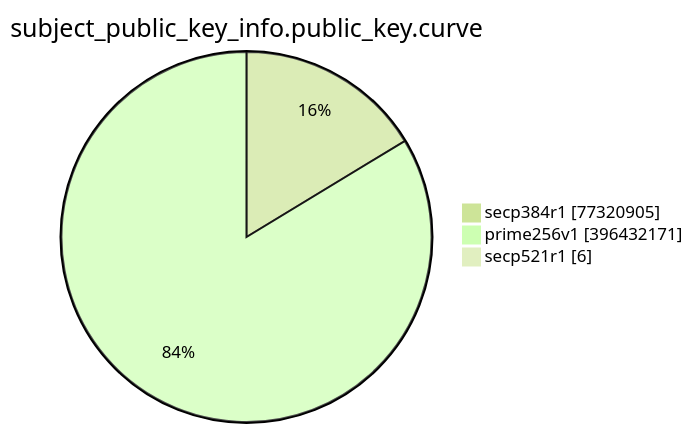
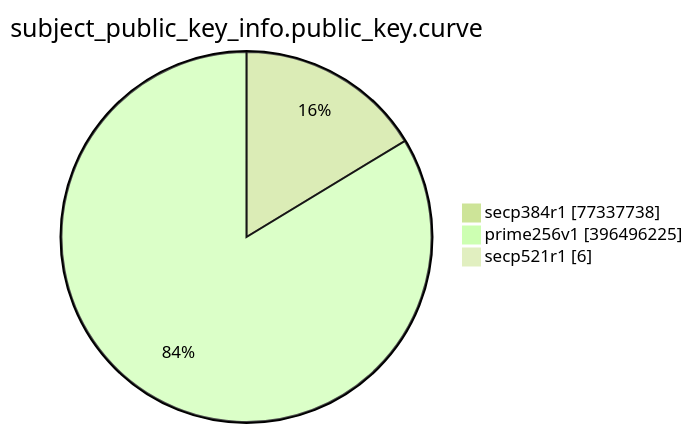
Before and after one commit to christiankrug/ctmonitor_visualization: the eighth of 15 diagrams in TOTAL/README.md, drawn with Mermaid (forest theme). The commit also changed other lines of this file, not shown here.

````diff
--- a/TOTAL/README.md
+++ b/TOTAL/README.md
@@ -3095,7 +3095,7 @@
 ```mermaid
 pie showData
 title subject_public_key_info.public_key.curve
-"secp384r1" :77320905
-"prime256v1" :396432171
+"secp384r1" :77337738
+"prime256v1" :396496225
 "secp521r1" :6
 ```
````
